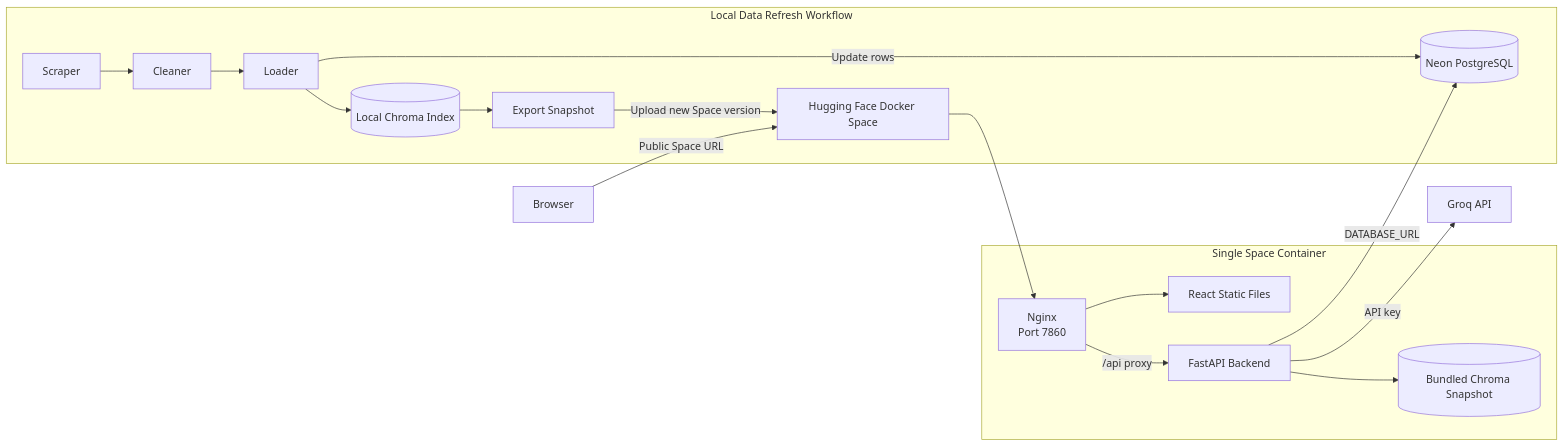
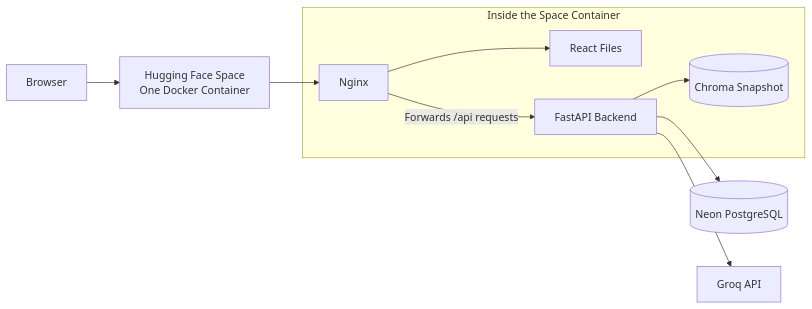
Before and after one commit to abd-04/olx_rag: the fourth of 4 diagrams in README.md, drawn with Mermaid. The commit also changed other lines of this file, not shown here.

````diff
--- a/README.md
+++ b/README.md
@@ -109,27 +113,18 @@
 ```mermaid
 flowchart LR
-    U[Browser] -->|Public Space URL| HF[Hugging Face Docker Space]
+    U[Browser] --> HF[Hugging Face Space<br/>One Docker Container]
 
-    subgraph SPACE[Single Space Container]
-        NX[Nginx<br/>Port 7860]
-        RE[React Static Files]
+    subgraph APP[Inside the Space Container]
+        NX[Nginx]
+        UI[React Files]
         API[FastAPI Backend]
-        CH[(Bundled Chroma Snapshot)]
-        NX --> RE
-        NX -->|/api proxy| API
+        CH[(Chroma Snapshot)]
+        NX --> UI
+        NX -->|Forwards /api requests| API
         API --> CH
     end
 
     HF --> NX
-    API -->|DATABASE_URL| NEON[(Neon PostgreSQL)]
-    API -->|API key| GROQ[Groq API]
-
-    subgraph REFRESH[Local Data Refresh Workflow]
-        S[Scraper] --> CL[Cleaner]
-        CL --> LD[Loader]
-        LD -->|Update rows| NEON
-        LD --> LC[(Local Chroma Index)]
-        LC --> EX[Export Snapshot]
-        EX -->|Upload new Space version| HF
-    end
+    API --> NEON[(Neon PostgreSQL)]
+    API --> GROQ[Groq API]
 ```
````
